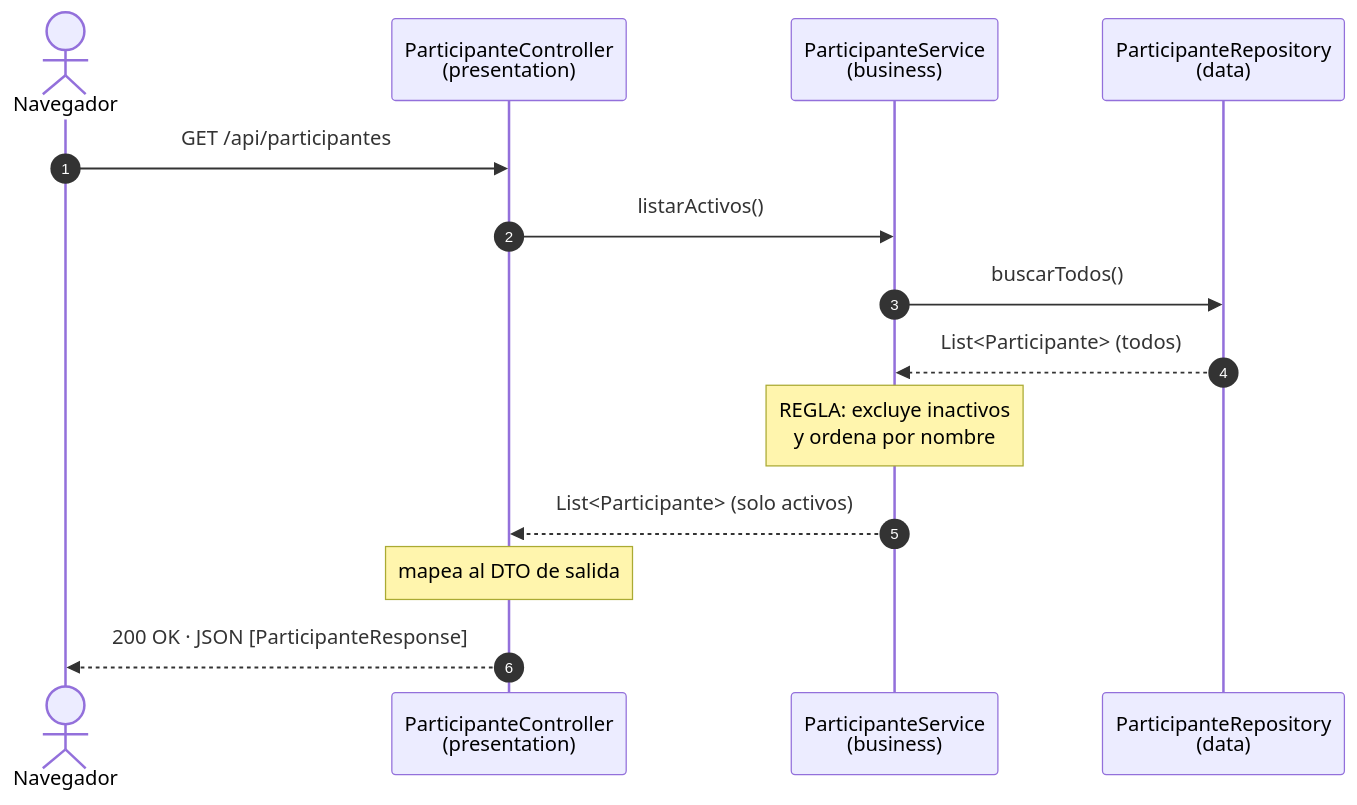
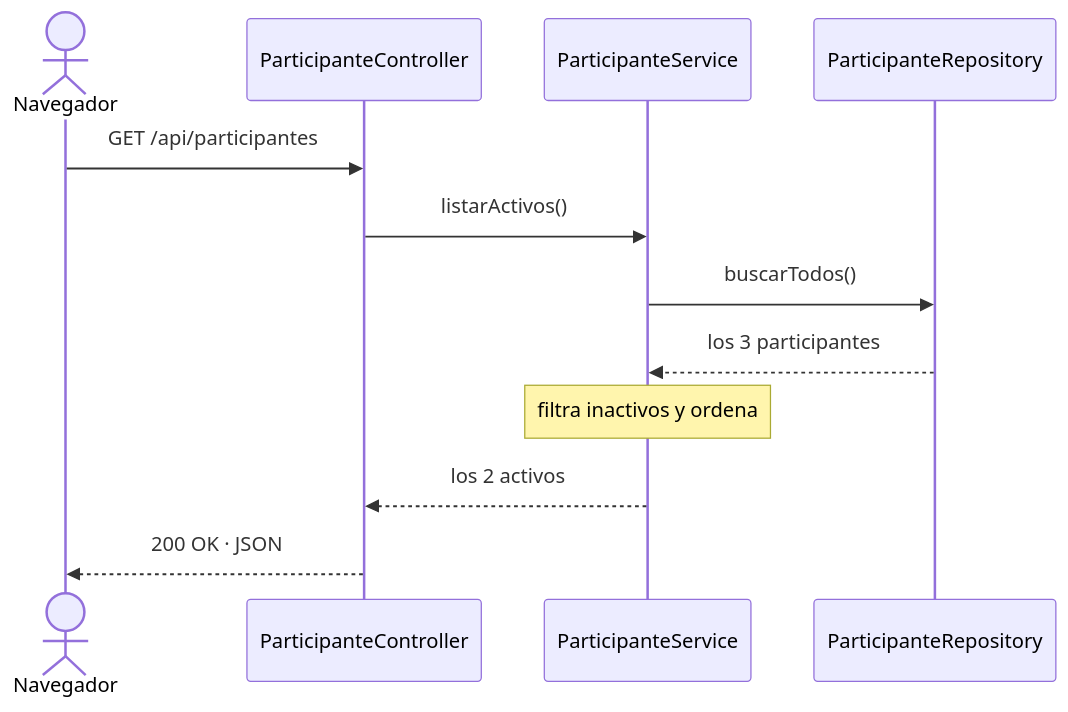
Before and after one commit to cerdasanthony/sira-eif509: the second of 2 diagrams in docs/arquitectura.md, drawn with Mermaid. The commit also changed other lines of this file and 12 other files, not shown here.

````diff
--- a/docs/arquitectura.md
+++ b/docs/arquitectura.md
@@ -94,17 +70,15 @@
 ```mermaid
 sequenceDiagram
-    autonumber
     actor U as Navegador
-    participant C as ParticipanteController<br/>(presentation)
-    participant S as ParticipanteService<br/>(business)
-    participant R as ParticipanteRepository<br/>(data)
+    participant C as ParticipanteController
+    participant S as ParticipanteService
+    participant R as ParticipanteRepository
 
     U->>C: GET /api/participantes
     C->>S: listarActivos()
     S->>R: buscarTodos()
-    R-->>S: List<Participante> (todos)
-    Note over S: REGLA: excluye inactivos<br/>y ordena por nombre
-    S-->>C: List<Participante> (solo activos)
-    Note over C: mapea al DTO de salida
-    C-->>U: 200 OK · JSON [ParticipanteResponse]
+    R-->>S: los 3 participantes
+    Note over S: filtra inactivos y ordena
+    S-->>C: los 2 activos
+    C-->>U: 200 OK · JSON
 ```
````
